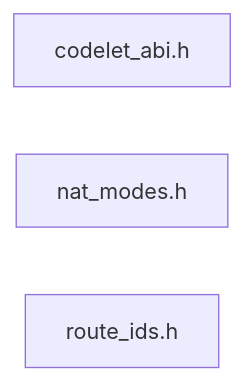
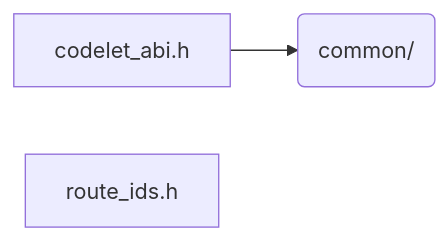
The diagram in docs/architecture/generated/folders/common__abi.md (Tugbars/VectorFFT), drawn with Mermaid before and after one commit. The commit also changed other lines of this file and 98 other files, not shown here.

Commit message:
regenerated architecture drawings

````diff
--- a/docs/architecture/generated/folders/common__abi.md
+++ b/docs/architecture/generated/folders/common__abi.md
@@ -12,6 +11,7 @@
 ```mermaid
 flowchart LR
     n_common_abi_codelet_abi_h["codelet_abi.h"]
-    n_common_abi_nat_modes_h["nat_modes.h"]
     n_common_abi_route_ids_h["route_ids.h"]
+    n_dir_common("common/")
+    n_common_abi_codelet_abi_h --> n_dir_common
 ```
````
